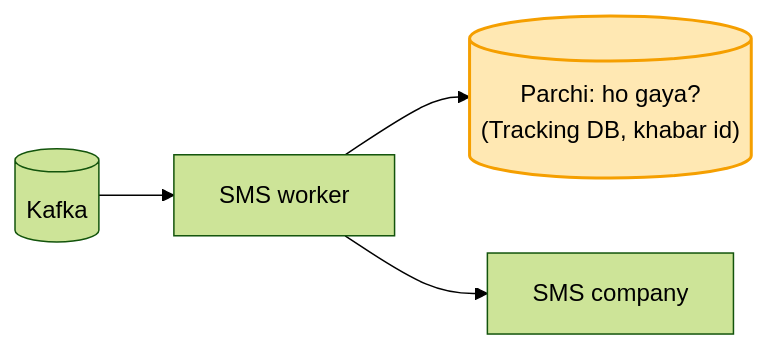
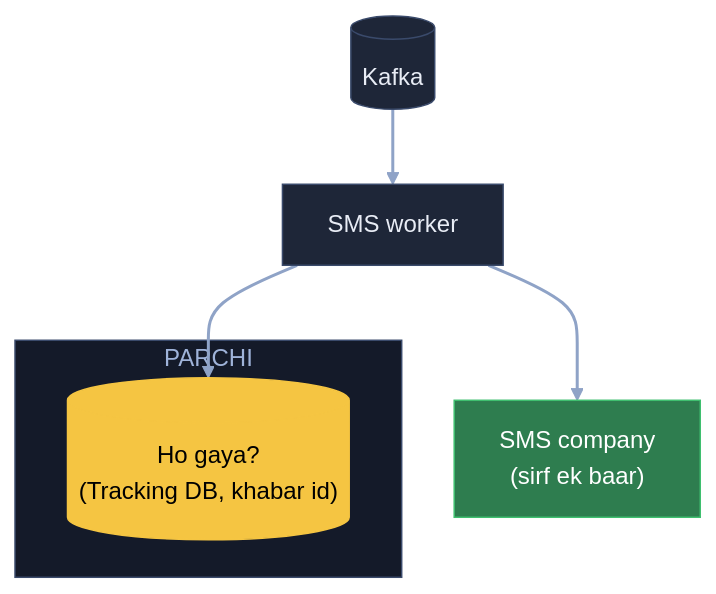
Before and after one commit to ArpanMaheshwari144/Prep: the third of 9 diagrams in 04_HLD/SYSTEM_DESIGNS/04_notification_system/04_notification_system.md, drawn with Mermaid (forest theme). The commit also changed other lines of this file, not shown here.

Commit message:
Notification: 9 diagram YouTube (reel) wale card andaaz me

````diff
--- a/04_HLD/SYSTEM_DESIGNS/04_notification_system/04_notification_system.md
+++ b/04_HLD/SYSTEM_DESIGNS/04_notification_system/04_notification_system.md
@@ -87,7 +113,18 @@
 ```mermaid
-flowchart LR
-    K[("Kafka")] --> W["SMS worker"]
-    W --> T[("Parchi: ho gaya?<br/>(Tracking DB, khabar id)")]
-    W --> C["SMS company"]
-    style T fill:#ffe8b3,stroke:#f59f00,stroke-width:2px,color:#000
+flowchart TB
+    K[("Kafka")]:::card
+    W["SMS worker"]:::card
+    subgraph PC["PARCHI"]
+        T[("Ho gaya?<br/>(Tracking DB, khabar id)")]:::pill
+    end
+    C["SMS company<br/>(sirf ek baar)"]:::good
+    K --> W
+    W --> T
+    W --> C
+    linkStyle default stroke:#8fa3c7,stroke-width:2px
+    classDef card fill:#1e2638,stroke:#3a4a6b,color:#e8ecf5
+    classDef pill fill:#f5c542,stroke:#f5c542,color:#000
+    classDef good fill:#2e7d4f,stroke:#3fbf6f,color:#fff
+    classDef bad fill:#5c1f24,stroke:#e05561,color:#fff
+    style PC fill:#141a29,stroke:#3a4a6b,color:#9fb3d9
 ```
````
